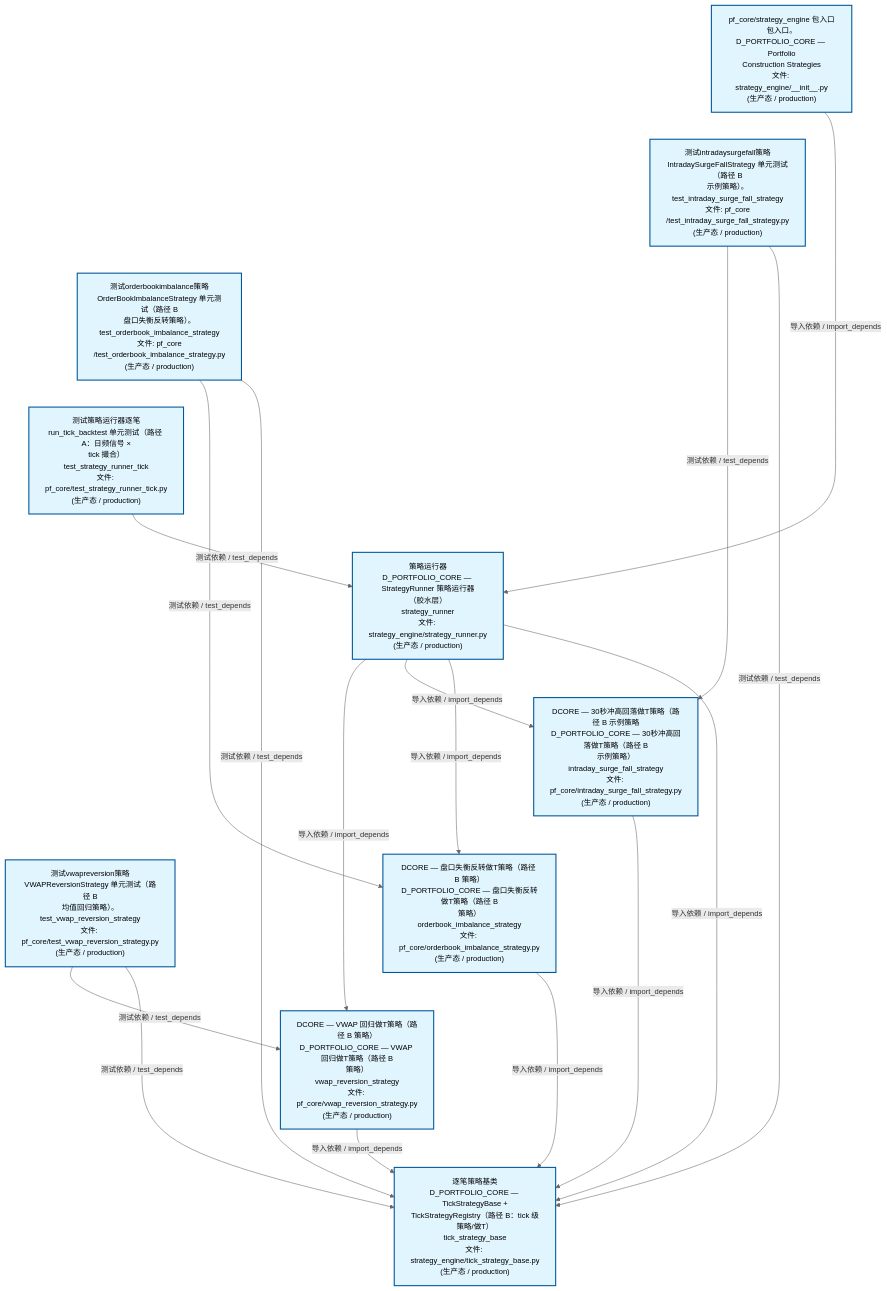
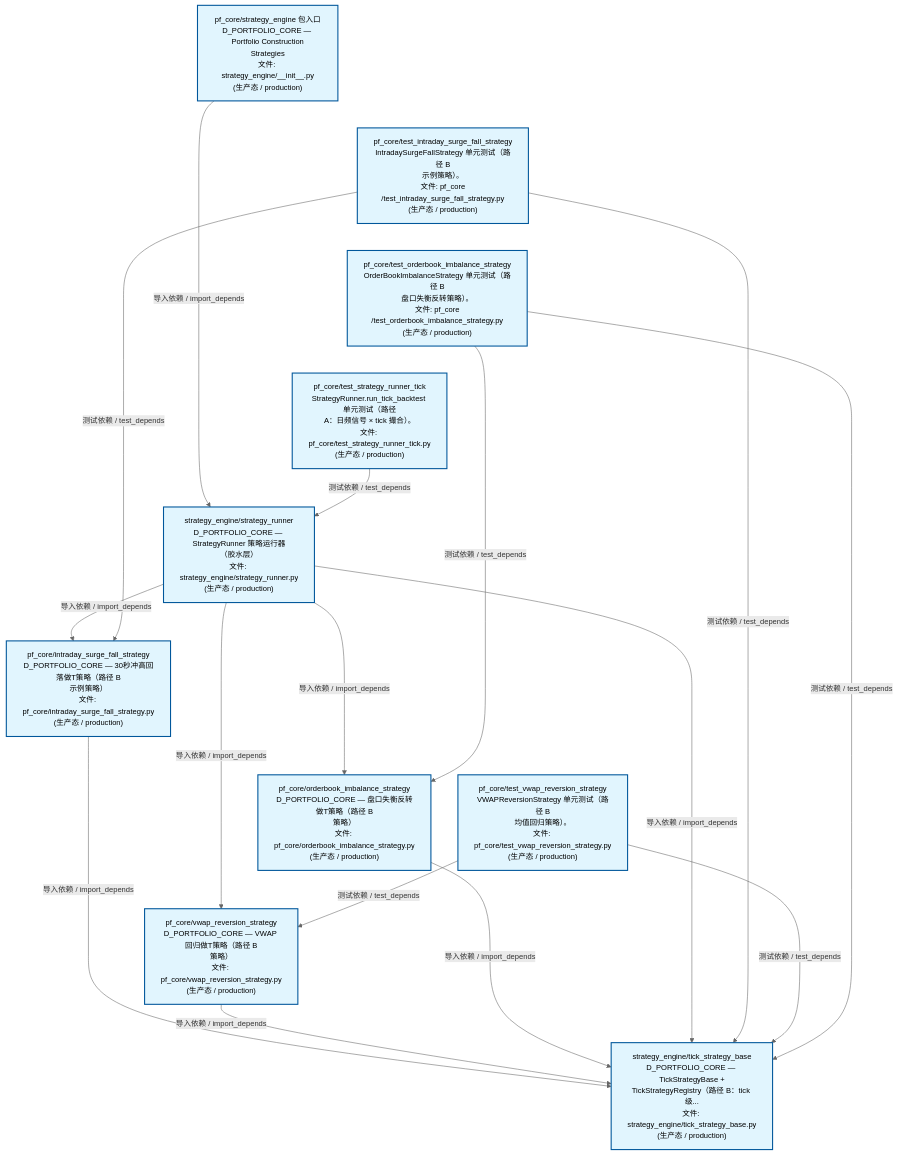
Before and after one commit to xuanFelixVan/ZephyrAlpha: the second of 4 diagrams in docs/02_enterprise_architecture/02_domain_architecture_docs/63_d_pf_core.md, drawn with Mermaid. The commit also changed other lines of this file and 58 other files, not shown here.

````diff
--- a/docs/02_enterprise_architecture/02_domain_architecture_docs/63_d_pf_core.md
+++ b/docs/02_enterprise_architecture/02_domain_architecture_docs/63_d_pf_core.md
@@ -135,40 +135,40 @@
 ```mermaid
 %%{init: {'theme': 'base', 'themeVariables': {'primaryColor': '#eaeaea', 'primaryTextColor': '#333333', 'primaryBorderColor': '#666666', 'lineColor': '#666666', 'secondaryColor': '#eaeaea', 'tertiaryColor': '#eaeaea', 'fontSize': '14px'}}}%%
 flowchart TD
-    src_zephyr_pf_core_strategy_engine_init_py["pf_core/strategy_engine 包入口<br/>包入口。D_PORTFOLIO_CORE — Portfolio<br/>Construction Strategies<br/>文件: strategy_engine/__init__.py<br/>(生产态 / production)"]
-    tests_pf_core_test_intraday_surge_fall_strategy_py["测试intradaysurgefall策略<br/>IntradaySurgeFallStrategy 单元测试（路径 B<br/>示例策略）。<br/>test_intraday_surge_fall_strategy<br/>文件: pf_core<br/>/test_intraday_surge_fall_strategy.py<br/>(生产态 / production)"]
-    tests_pf_core_test_orderbook_imbalance_strategy_py["测试orderbookimbalance策略<br/>OrderBookImbalanceStrategy 单元测试（路径 B<br/>盘口失衡反转策略）。<br/>test_orderbook_imbalance_strategy<br/>文件: pf_core<br/>/test_orderbook_imbalance_strategy.py<br/>(生产态 / production)"]
-    tests_pf_core_test_strategy_runner_tick_py["测试策略运行器逐笔<br/>run_tick_backtest 单元测试（路径 A：日频信号 ×<br/>tick 撮合）<br/>test_strategy_runner_tick<br/>文件: pf_core/test_strategy_runner_tick.py<br/>(生产态 / production)"]
-    tests_pf_core_test_vwap_reversion_strategy_py["测试vwapreversion策略<br/>VWAPReversionStrategy 单元测试（路径 B<br/>均值回归策略）。<br/>test_vwap_reversion_strategy<br/>文件: pf_core/test_vwap_reversion_strategy.py<br/>(生产态 / production)"]
+    src_zephyr_pf_core_strategy_engine_init_py["pf_core/strategy_engine 包入口<br/>D_PORTFOLIO_CORE — Portfolio Construction<br/>Strategies<br/>文件: strategy_engine/__init__.py<br/>(生产态 / production)"]
+    tests_pf_core_test_intraday_surge_fall_strategy_py["pf_core/test_intraday_surge_fall_strategy<br/>IntradaySurgeFallStrategy 单元测试（路径 B<br/>示例策略）。<br/>文件: pf_core<br/>/test_intraday_surge_fall_strategy.py<br/>(生产态 / production)"]
+    tests_pf_core_test_orderbook_imbalance_strategy_py["pf_core/test_orderbook_imbalance_strategy<br/>OrderBookImbalanceStrategy 单元测试（路径 B<br/>盘口失衡反转策略）。<br/>文件: pf_core<br/>/test_orderbook_imbalance_strategy.py<br/>(生产态 / production)"]
+    tests_pf_core_test_strategy_runner_tick_py["pf_core/test_strategy_runner_tick<br/>StrategyRunner.run_tick_backtest 单元测试（路径<br/>A：日频信号 × tick 撮合）。<br/>文件: pf_core/test_strategy_runner_tick.py<br/>(生产态 / production)"]
+    tests_pf_core_test_vwap_reversion_strategy_py["pf_core/test_vwap_reversion_strategy<br/>VWAPReversionStrategy 单元测试（路径 B<br/>均值回归策略）。<br/>文件: pf_core/test_vwap_reversion_strategy.py<br/>(生产态 / production)"]
     src_zephyr_pf_core_strategy_engine_init_py ~~~ tests_pf_core_test_intraday_surge_fall_strategy_py
     tests_pf_core_test_intraday_surge_fall_strategy_py ~~~ tests_pf_core_test_orderbook_imbalance_strategy_py
     tests_pf_core_test_orderbook_imbalance_strategy_py ~~~ tests_pf_core_test_strategy_runner_tick_py
     tests_pf_core_test_strategy_runner_tick_py ~~~ tests_pf_core_test_vwap_reversion_strategy_py
-    src_zephyr_pf_core_strategy_engine_strategy_runner_py["策略运行器<br/>D_PORTFOLIO_CORE — StrategyRunner 策略运行器<br/>（胶水层）<br/>strategy_runner<br/>文件: strategy_engine/strategy_runner.py<br/>(生产态 / production)"]
-    src_zephyr_pf_core_intraday_surge_fall_strategy_py["DCORE — 30秒冲高回落做T策略（路径 B 示例策略<br/>D_PORTFOLIO_CORE — 30秒冲高回落做T策略（路径 B<br/>示例策略）<br/>intraday_surge_fall_strategy<br/>文件: pf_core/intraday_surge_fall_strategy.py<br/>(生产态 / production)"]
-    src_zephyr_pf_core_orderbook_imbalance_strategy_py["DCORE — 盘口失衡反转做T策略（路径 B 策略）<br/>D_PORTFOLIO_CORE — 盘口失衡反转做T策略（路径 B<br/>策略）<br/>orderbook_imbalance_strategy<br/>文件: pf_core/orderbook_imbalance_strategy.py<br/>(生产态 / production)"]
-    src_zephyr_pf_core_vwap_reversion_strategy_py["DCORE — VWAP 回归做T策略（路径 B 策略）<br/>D_PORTFOLIO_CORE — VWAP 回归做T策略（路径 B<br/>策略）<br/>vwap_reversion_strategy<br/>文件: pf_core/vwap_reversion_strategy.py<br/>(生产态 / production)"]
+    src_zephyr_pf_core_strategy_engine_strategy_runner_py["strategy_engine/strategy_runner<br/>D_PORTFOLIO_CORE — StrategyRunner 策略运行器<br/>（胶水层）<br/>文件: strategy_engine/strategy_runner.py<br/>(生产态 / production)"]
+    src_zephyr_pf_core_intraday_surge_fall_strategy_py["pf_core/intraday_surge_fall_strategy<br/>D_PORTFOLIO_CORE — 30秒冲高回落做T策略（路径 B<br/>示例策略）<br/>文件: pf_core/intraday_surge_fall_strategy.py<br/>(生产态 / production)"]
+    src_zephyr_pf_core_orderbook_imbalance_strategy_py["pf_core/orderbook_imbalance_strategy<br/>D_PORTFOLIO_CORE — 盘口失衡反转做T策略（路径 B<br/>策略）<br/>文件: pf_core/orderbook_imbalance_strategy.py<br/>(生产态 / production)"]
+    src_zephyr_pf_core_vwap_reversion_strategy_py["pf_core/vwap_reversion_strategy<br/>D_PORTFOLIO_CORE — VWAP 回归做T策略（路径 B<br/>策略）<br/>文件: pf_core/vwap_reversion_strategy.py<br/>(生产态 / production)"]
     src_zephyr_pf_core_intraday_surge_fall_strategy_py ~~~ src_zephyr_pf_core_orderbook_imbalance_strategy_py
     src_zephyr_pf_core_orderbook_imbalance_strategy_py ~~~ src_zephyr_pf_core_vwap_reversion_strategy_py
-    src_zephyr_pf_core_strategy_engine_tick_strategy_base_py["逐笔策略基类<br/>D_PORTFOLIO_CORE — TickStrategyBase +<br/>TickStrategyRegistry（路径 B：tick 级策略/做T）<br/>tick_strategy_base<br/>文件: strategy_engine/tick_strategy_base.py<br/>(生产态 / production)"]
+    src_zephyr_pf_core_strategy_engine_tick_strategy_base_py["strategy_engine/tick_strategy_base<br/>D_PORTFOLIO_CORE — TickStrategyBase +<br/>TickStrategyRegistry（路径 B：tick 级...<br/>文件: strategy_engine/tick_strategy_base.py<br/>(生产态 / production)"]
+    src_zephyr_pf_core_intraday_surge_fall_strategy_py -->|导入依赖 / import_depends| src_zephyr_pf_core_strategy_engine_tick_strategy_base_py
     src_zephyr_pf_core_vwap_reversion_strategy_py -->|导入依赖 / import_depends| src_zephyr_pf_core_strategy_engine_tick_strategy_base_py
-    src_zephyr_pf_core_intraday_surge_fall_strategy_py -->|导入依赖 / import_depends| src_zephyr_pf_core_strategy_engine_tick_strategy_base_py
     src_zephyr_pf_core_orderbook_imbalance_strategy_py -->|导入依赖 / import_depends| src_zephyr_pf_core_strategy_engine_tick_strategy_base_py
+    src_zephyr_pf_core_strategy_engine_strategy_runner_py -->|导入依赖 / import_depends| src_zephyr_pf_core_intraday_surge_fall_strategy_py
     src_zephyr_pf_core_strategy_engine_strategy_runner_py -->|导入依赖 / import_depends| src_zephyr_pf_core_vwap_reversion_strategy_py
-    src_zephyr_pf_core_strategy_engine_strategy_runner_py -->|导入依赖 / import_depends| src_zephyr_pf_core_intraday_surge_fall_strategy_py
     src_zephyr_pf_core_strategy_engine_strategy_runner_py -->|导入依赖 / import_depends| src_zephyr_pf_core_orderbook_imbalance_strategy_py
     src_zephyr_pf_core_strategy_engine_strategy_runner_py -->|导入依赖 / import_depends| src_zephyr_pf_core_strategy_engine_tick_strategy_base_py
     src_zephyr_pf_core_strategy_engine_init_py -->|导入依赖 / import_depends| src_zephyr_pf_core_strategy_engine_strategy_runner_py
     tests_pf_core_test_intraday_surge_fall_strategy_py -->|测试依赖 / test_depends| src_zephyr_pf_core_intraday_surge_fall_strategy_py
     tests_pf_core_test_intraday_surge_fall_strategy_py -->|测试依赖 / test_depends| src_zephyr_pf_core_strategy_engine_tick_strategy_base_py
-    tests_pf_core_test_orderbook_imbalance_strategy_py -->|测试依赖 / test_depends| src_zephyr_pf_core_orderbook_imbalance_strategy_py
-    tests_pf_core_test_orderbook_imbalance_strategy_py -->|测试依赖 / test_depends| src_zephyr_pf_core_strategy_engine_tick_strategy_base_py
     tests_pf_core_test_vwap_reversion_strategy_py -->|测试依赖 / test_depends| src_zephyr_pf_core_vwap_reversion_strategy_py
     tests_pf_core_test_vwap_reversion_strategy_py -->|测试依赖 / test_depends| src_zephyr_pf_core_strategy_engine_tick_strategy_base_py
     tests_pf_core_test_strategy_runner_tick_py -->|测试依赖 / test_depends| src_zephyr_pf_core_strategy_engine_strategy_runner_py
+    tests_pf_core_test_orderbook_imbalance_strategy_py -->|测试依赖 / test_depends| src_zephyr_pf_core_orderbook_imbalance_strategy_py
+    tests_pf_core_test_orderbook_imbalance_strategy_py -->|测试依赖 / test_depends| src_zephyr_pf_core_strategy_engine_tick_strategy_base_py
     classDef production fill:#e1f5fe,stroke:#01579b,stroke-width:2px,color:#000
     classDef design fill:#fff3e0,stroke:#e65100,stroke-width:2px,color:#000,stroke-dasharray: 5 5
     classDef external_prod fill:#e8f4fd,stroke:#0277bd,stroke-width:1px,color:#000
     classDef external_design fill:#fff8e7,stroke:#ef6c00,stroke-width:1px,color:#000,stroke-dasharray: 5 5
     class src_zephyr_pf_core_intraday_surge_fall_strategy_py,src_zephyr_pf_core_orderbook_imbalance_strategy_py,src_zephyr_pf_core_strategy_engine_init_py,src_zephyr_pf_core_strategy_engine_strategy_runner_py,src_zephyr_pf_core_strategy_engine_tick_strategy_base_py,src_zephyr_pf_core_vwap_reversion_strategy_py,tests_pf_core_test_intraday_surge_fall_strategy_py,tests_pf_core_test_orderbook_imbalance_strategy_py,tests_pf_core_test_strategy_runner_tick_py,tests_pf_core_test_vwap_reversion_strategy_py production
 ```
````
